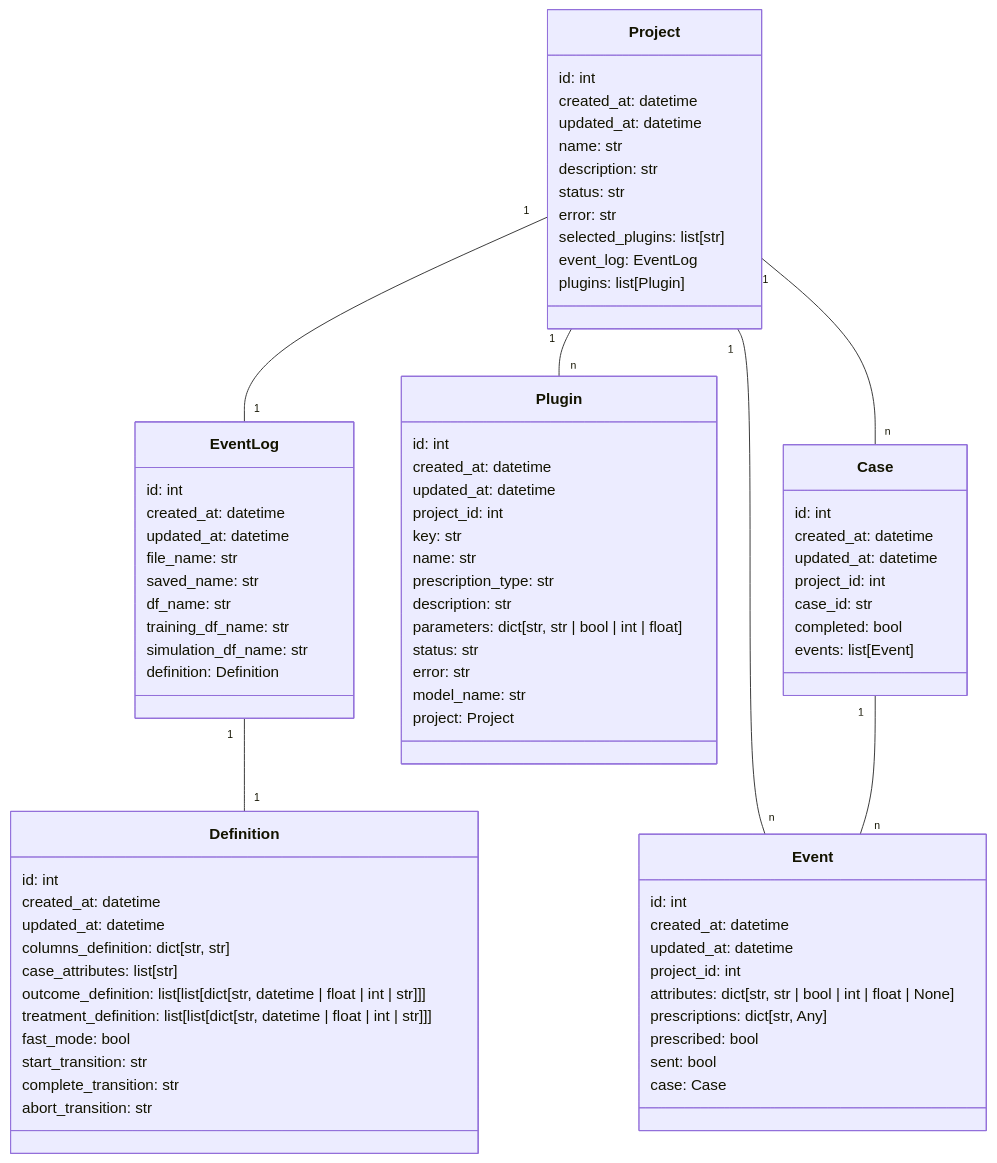
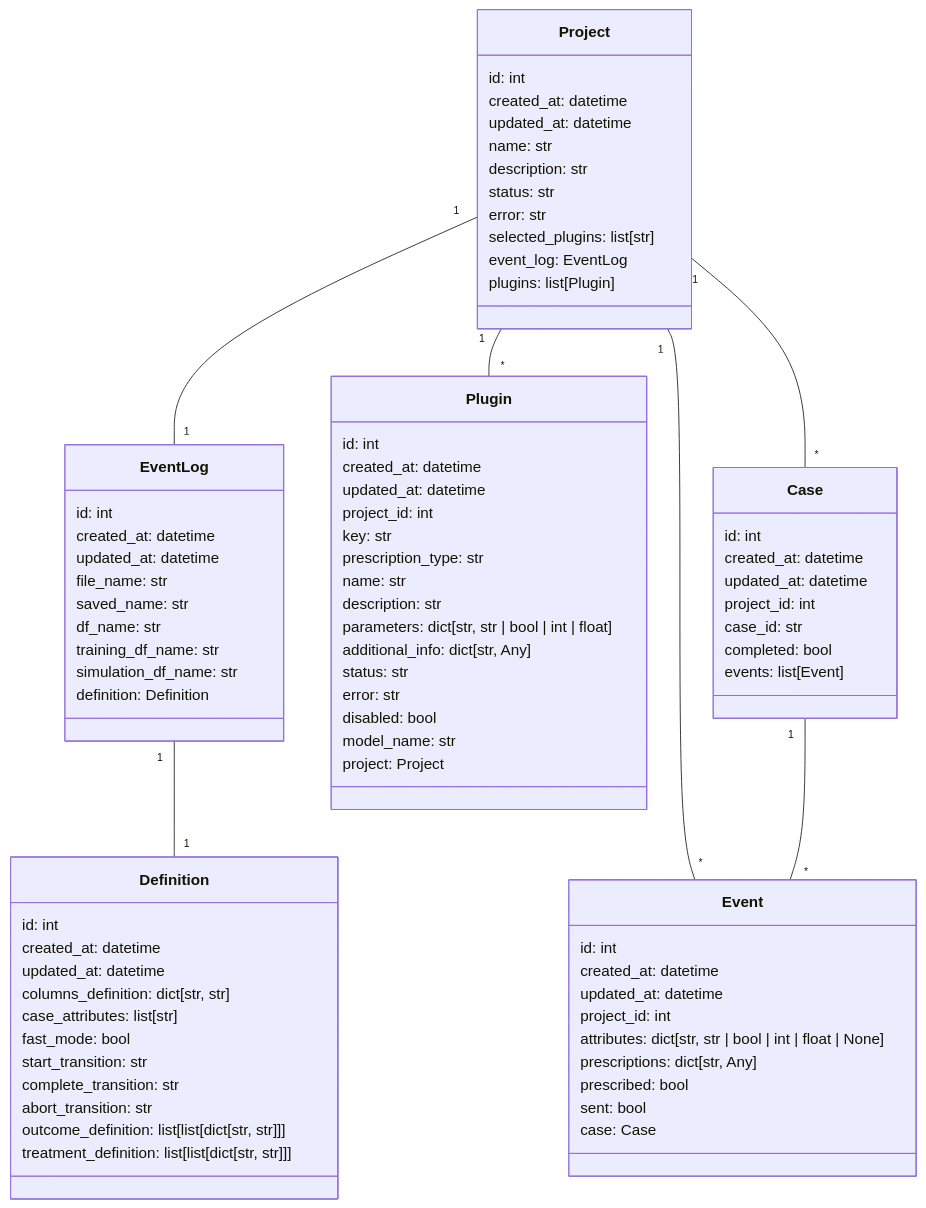
One commit to prcore/docs changed the diagram in content/development/core/class-diagram.md. Above: the diagram before and after it, drawn with Mermaid. The commit also changed 15 other files, not shown here.

```diff
--- a/content/development/core/class-diagram.md
+++ b/content/development/core/class-diagram.md
@@ -33,12 +33,12 @@
         updated_at: datetime
         columns_definition: dict[str, str]
         case_attributes: list[str]
-        outcome_definition: list[list[dict[str, datetime | float | int | str]]]
-        treatment_definition: list[list[dict[str, datetime | float | int | str]]]
         fast_mode: bool
         start_transition: str
         complete_transition: str
         abort_transition: str
+        outcome_definition: list[list[dict[str, str]]]
+        treatment_definition: list[list[dict[str, str]]]
     }
 
     class Project {
@@ -60,12 +60,14 @@
         updated_at: datetime
         project_id: int
         key: str
+        prescription_type: str
         name: str
-        prescription_type: str
         description: str
         parameters: dict[str, str | bool | int | float]
+        additional_info: dict[str, Any]
         status: str
         error: str
+        disabled: bool
         model_name: str
         project: Project
     }
@@ -94,8 +96,8 @@
 
     EventLog "1" -- "1" Definition
     Project "1" -- "1" EventLog
-    Project "1" -- "n" Plugin
-    Project "1" -- "n" Case
-    Project "1" -- "n" Event
-    Case "1" -- "n" Event
+    Project "1" -- "*" Plugin
+    Project "1" -- "*" Case
+    Project "1" -- "*" Event
+    Case "1" -- "*" Event
 {{< /mermaid >}}
```
